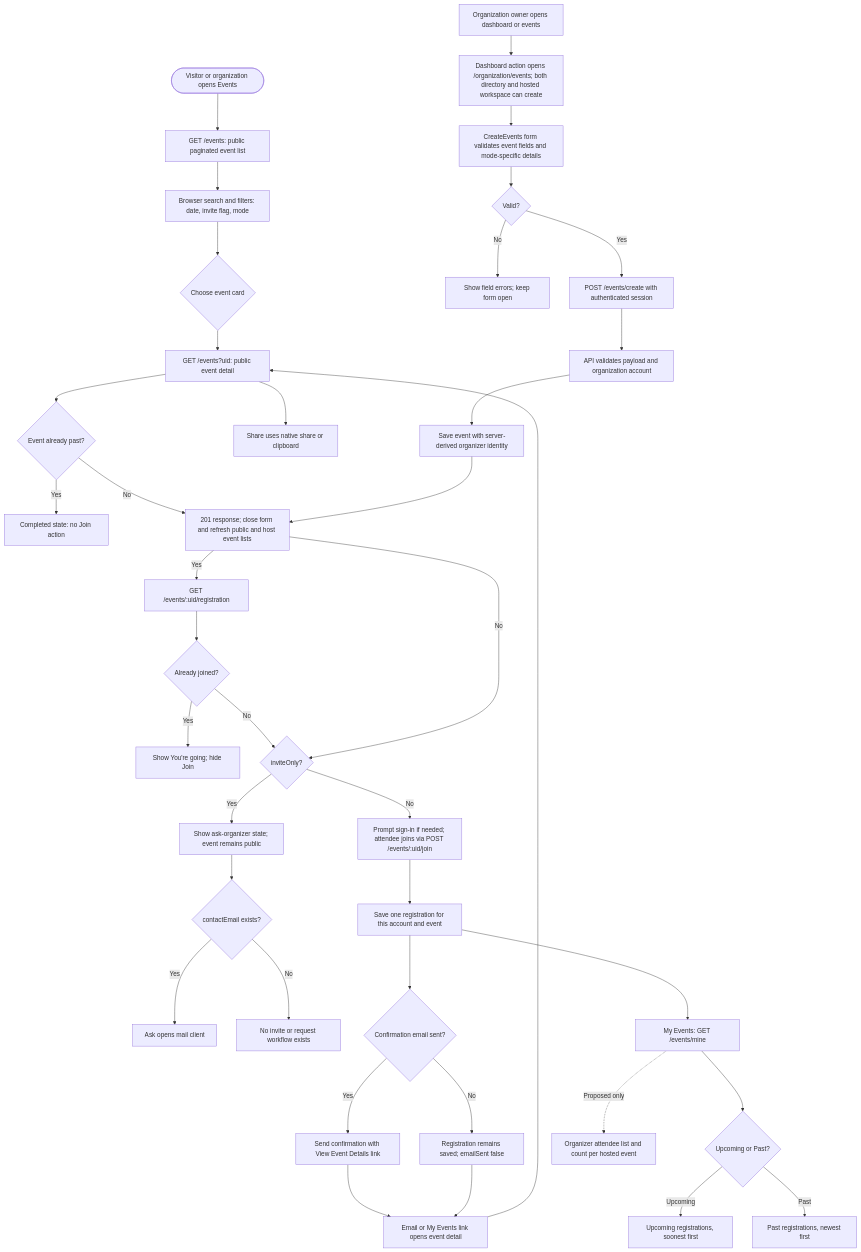
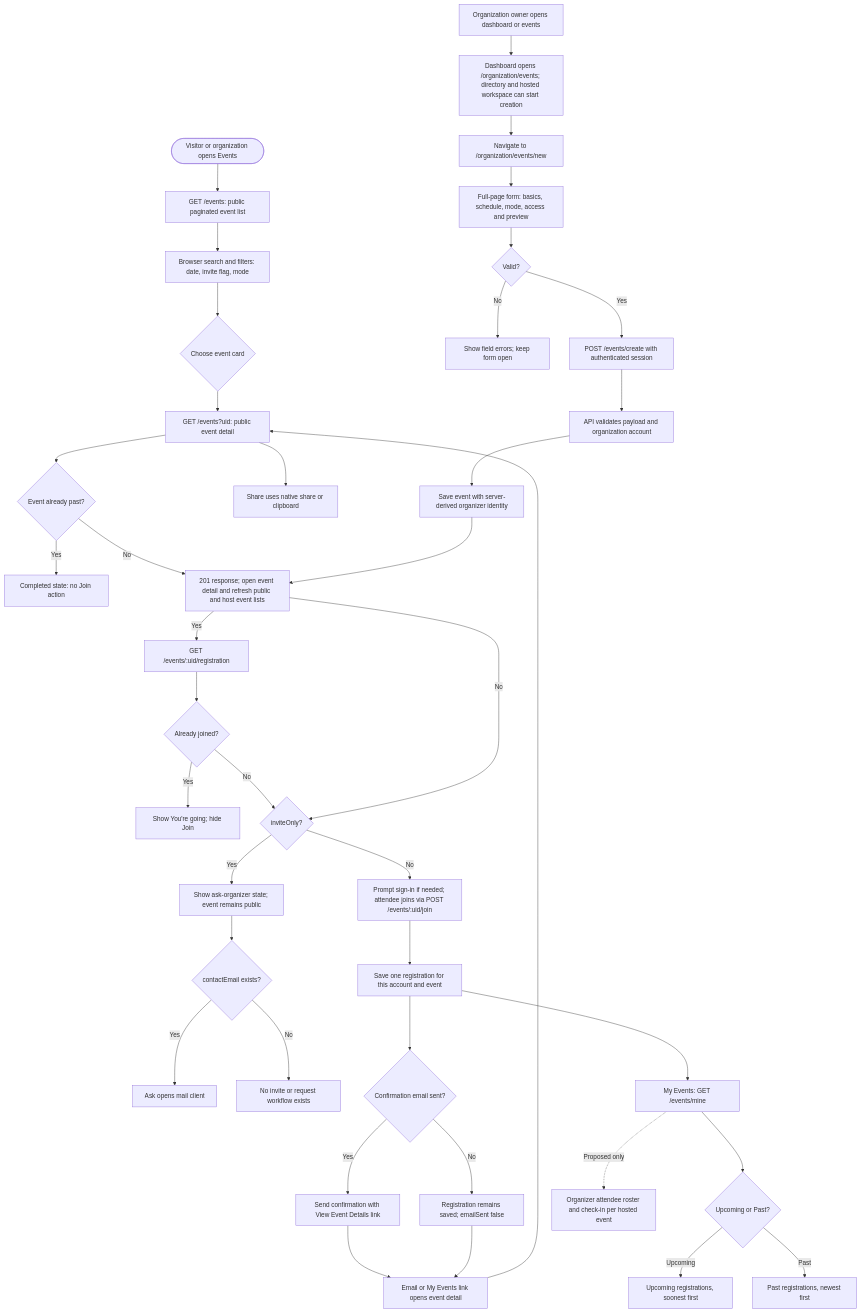
Before and after one commit to karmacircleCommunity/KarmaCircle: the diagram in docs/specs/events.md, drawn with Mermaid. The commit also changed other lines of this file and 17 other files, not shown here.

First line of the commit message:
feat(events): complete create-event form, validation and docs

````diff
--- a/docs/specs/events.md
+++ b/docs/specs/events.md
@@ -33,41 +62,42 @@
 ```mermaid
 flowchart TD
     A([Visitor or organization opens Events]) --> B[GET /events: public paginated event list]
     B --> C[Browser search and filters: date, invite flag, mode]
     C --> D{Choose event card}
     D --> E[GET /events?uid: public event detail]
     E --> F{Event already past?}
     F -->|Yes| G[Completed state: no Join action]
     F -->|No| X{Signed in?}
     X -->|Yes| Y[GET /events/:uid/registration]
     Y --> Z{Already joined?}
     Z -->|Yes| AA[Show You're going; hide Join]
     Z -->|No| H{inviteOnly?}
     X -->|No| H
     H -->|Yes| I[Show ask-organizer state; event remains public]
     I --> J{contactEmail exists?}
     J -->|Yes| K[Ask opens mail client]
     J -->|No| L[No invite or request workflow exists]
     H -->|No| M[Prompt sign-in if needed; attendee joins via POST /events/:uid/join]
     M --> N[Save one registration for this account and event]
     N --> EE{Confirmation email sent?}
     EE -->|Yes| EM[Send confirmation with View Event Details link]
     EE -->|No| EF[Registration remains saved; emailSent false]
     EM --> AB[Email or My Events link opens event detail]
     EF --> AB
     AB --> E
     E --> O[Share uses native share or clipboard]
     N --> ME[My Events: GET /events/mine]
     ME --> MP{Upcoming or Past?}
     MP -->|Upcoming| MU[Upcoming registrations, soonest first]
     MP -->|Past| MT[Past registrations, newest first]
-    ME -.->|Proposed only| OR[Organizer attendee list and count per hosted event]
-    P[Organization owner opens dashboard or events] --> Q[Dashboard action opens /organization/events; both directory and hosted workspace can create]
-    Q --> R[CreateEvents form validates event fields and mode-specific details]
-    R --> S{Valid?}
+    ME -.->|Proposed only| OR[Organizer attendee roster and check-in per hosted event]
+    P[Organization owner opens dashboard or events] --> Q[Dashboard opens /organization/events; directory and hosted workspace can start creation]
+    Q --> R[Navigate to /organization/events/new]
+    R --> R2[Full-page form: basics, schedule, mode, access and preview]
+    R2 --> S{Valid?}
     S -->|No| T[Show field errors; keep form open]
     S -->|Yes| U[POST /events/create with authenticated session]
     U --> V[API validates payload and organization account]
     V --> W[Save event with server-derived organizer identity]
-    W --> X[201 response; close form and refresh public and host event lists]
+    W --> X[201 response; open event detail and refresh public and host event lists]
 ```
````
